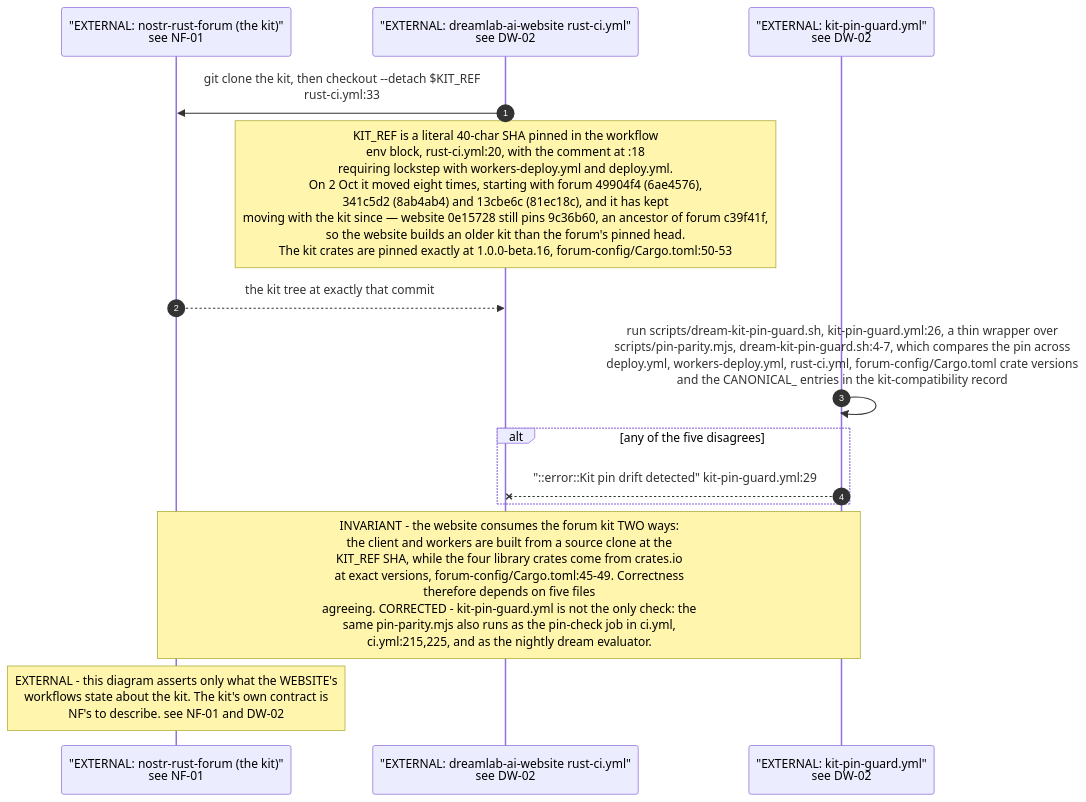
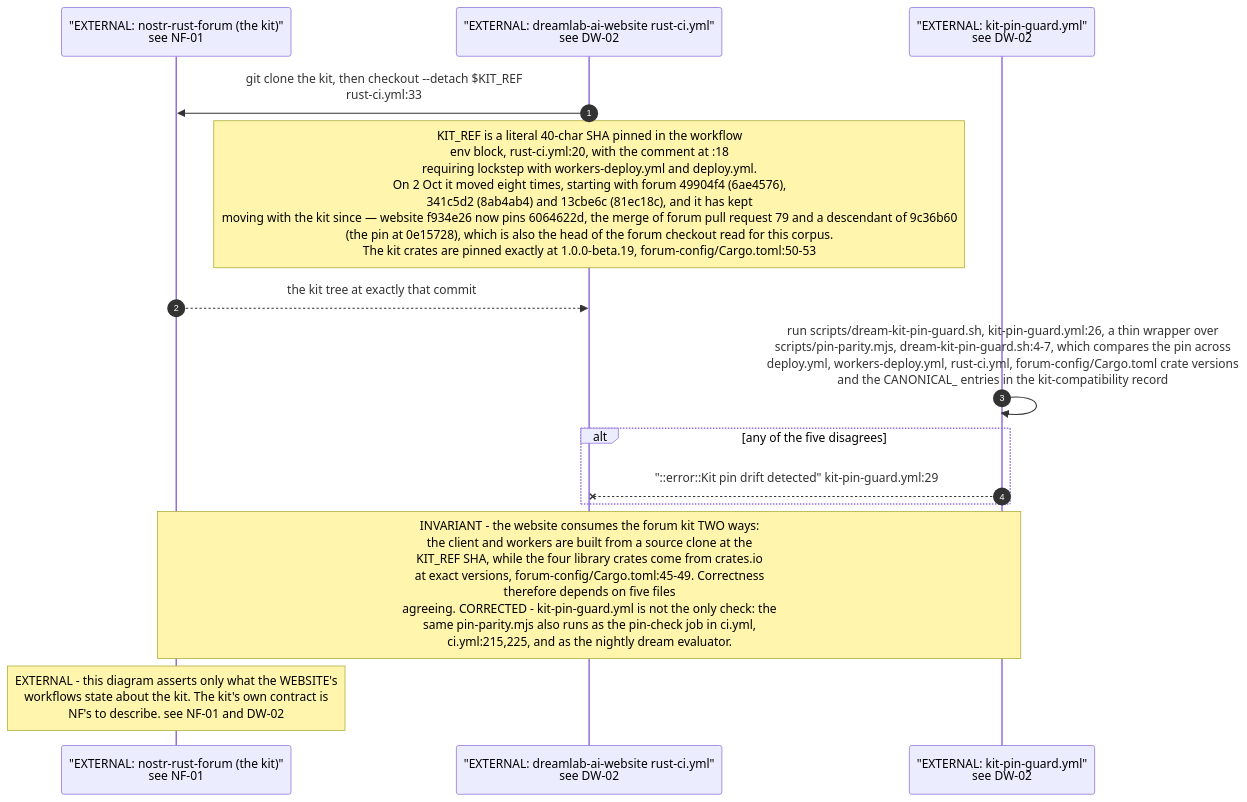
The fourth of 5 diagrams in docs/diagrams/estate/11-publishing-axis.md (DreamLab-AI/VisionFlow), drawn with Mermaid before and after one commit. The commit also changed other lines of this file and 49 other files, not shown here.

First line of the commit message:
docs(diagrams): re-derive and re-stamp VisionClaw, estate, knowledge-graph, visionGraph, VisionFlow and sidestr topics

````diff
--- a/docs/diagrams/estate/11-publishing-axis.md
+++ b/docs/diagrams/estate/11-publishing-axis.md
@@ -125,17 +125,17 @@
 ```mermaid
 sequenceDiagram
     autonumber
     participant NF as "EXTERNAL: nostr-rust-forum (the kit)"<br/>see NF-01
     participant CI as "EXTERNAL: dreamlab-ai-website rust-ci.yml"<br/>see DW-02
     participant GUARD as "EXTERNAL: kit-pin-guard.yml"<br/>see DW-02
 
     CI->>NF: git clone the kit, then checkout --detach $KIT_REF<br/>rust-ci.yml:33
-    Note over CI: KIT_REF is a literal 40-char SHA pinned in the workflow<br/>env block, rust-ci.yml:20, with the comment at :18<br/>requiring lockstep with workers-deploy.yml and deploy.yml.<br/>On 2 Oct it moved eight times, starting with forum 49904f4 (6ae4576),<br/>341c5d2 (8ab4ab4) and 13cbe6c (81ec18c), and it has kept<br/>moving with the kit since — website 0e15728 still pins 9c36b60, an ancestor of forum c39f41f,<br/>so the website builds an older kit than the forum's pinned head.<br/>The kit crates are pinned exactly at 1.0.0-beta.16, forum-config/Cargo.toml:50-53
+    Note over CI: KIT_REF is a literal 40-char SHA pinned in the workflow<br/>env block, rust-ci.yml:20, with the comment at :18<br/>requiring lockstep with workers-deploy.yml and deploy.yml.<br/>On 2 Oct it moved eight times, starting with forum 49904f4 (6ae4576),<br/>341c5d2 (8ab4ab4) and 13cbe6c (81ec18c), and it has kept<br/>moving with the kit since — website f934e26 now pins 6064622d, the merge of forum pull request 79 and a descendant of 9c36b60<br/>(the pin at 0e15728), which is also the head of the forum checkout read for this corpus.<br/>The kit crates are pinned exactly at 1.0.0-beta.19, forum-config/Cargo.toml:50-53
     NF-->>CI: the kit tree at exactly that commit
     GUARD->>GUARD: run scripts/dream-kit-pin-guard.sh, kit-pin-guard.yml:26, a thin wrapper over<br/>scripts/pin-parity.mjs, dream-kit-pin-guard.sh:4-7, which compares the pin across<br/>deploy.yml, workers-deploy.yml, rust-ci.yml, forum-config/Cargo.toml crate versions<br/>and the CANONICAL_ entries in the kit-compatibility record
     alt any of the five disagrees
         GUARD--xCI: "::error::Kit pin drift detected" kit-pin-guard.yml:29
     end
     Note over NF,GUARD: INVARIANT - the website consumes the forum kit TWO ways:<br/>the client and workers are built from a source clone at the<br/>KIT_REF SHA, while the four library crates come from crates.io<br/>at exact versions, forum-config/Cargo.toml:45-49. Correctness<br/>therefore depends on five files<br/>agreeing. CORRECTED - kit-pin-guard.yml is not the only check: the<br/>same pin-parity.mjs also runs as the pin-check job in ci.yml,<br/>ci.yml:215,225, and as the nightly dream evaluator.
     Note over NF: EXTERNAL - this diagram asserts only what the WEBSITE's<br/>workflows state about the kit. The kit's own contract is<br/>NF's to describe. see NF-01 and DW-02
 ```
````
